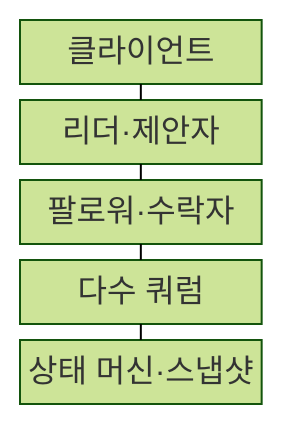
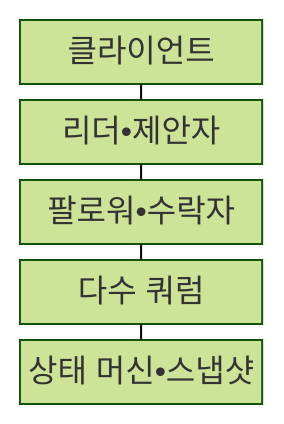
Before and after one commit to agnusdei1207/knowledge-base: the first of 2 diagrams in src/content/docs/notes/03-software/177_distributed_consensus_raft_paxos.md, drawn with Mermaid (forest theme). The commit also changed other lines of this file and 953 other files, not shown here.

````diff
--- a/src/content/docs/notes/03-software/177_distributed_consensus_raft_paxos.md
+++ b/src/content/docs/notes/03-software/177_distributed_consensus_raft_paxos.md
@@ -68,13 +68,13 @@
 ```mermaid
 block
     columns 1
     A["클라이언트"]
-    B["리더·제안자"]
-    C["팔로워·수락자"]
+    B["리더•제안자"]
+    C["팔로워•수락자"]
     D["다수 쿼럼"]
-    E["상태 머신·스냅샷"]
+    E["상태 머신•스냅샷"]
     A --- B
     B --- C
     C --- D
     D --- E
 ```
````
